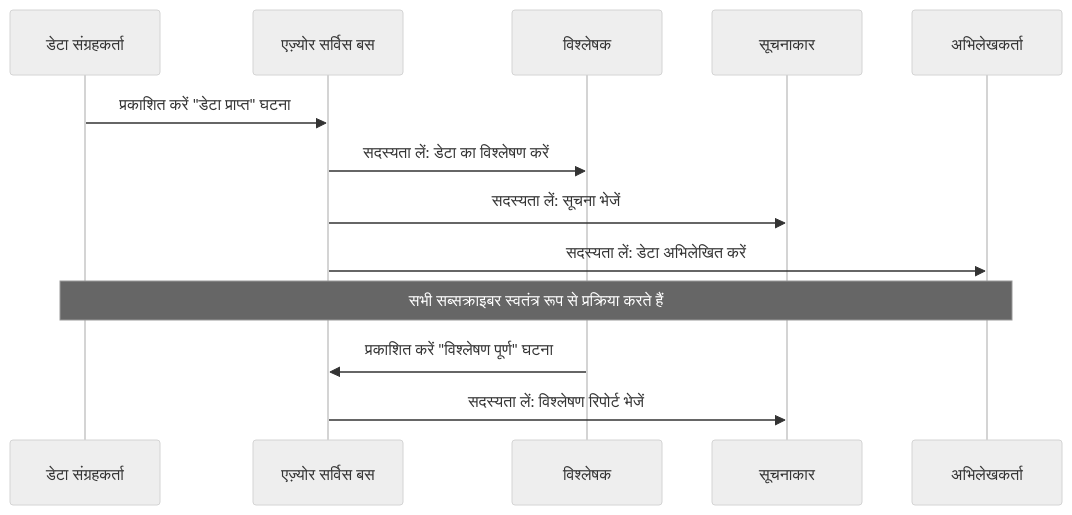
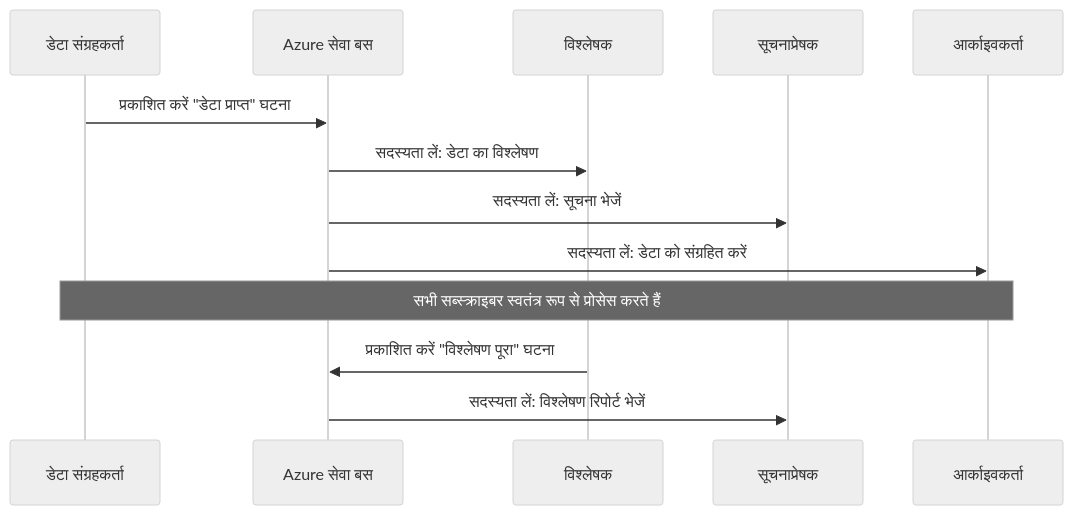
One commit to microsoft/AZD-for-beginners changed the fourth of 6 diagrams in translations/hi/docs/chapter-06-pre-deployment/coordination-patterns.md. Above: the diagram before and after it, drawn with Mermaid (neutral theme). The commit also changed other lines of this file and 101 other files, not shown here.

````diff
--- a/translations/hi/docs/chapter-06-pre-deployment/coordination-patterns.md
+++ b/translations/hi/docs/chapter-06-pre-deployment/coordination-patterns.md
@@ -191,18 +185,18 @@
 ```mermaid
 sequenceDiagram
     participant Agent1 as डेटा संग्रहकर्ता
-    participant EventBus as एज़्योर सर्विस बस
+    participant EventBus as Azure सेवा बस
     participant Agent2 as विश्लेषक
-    participant Agent3 as सूचनाकार
-    participant Agent4 as अभिलेखकर्ता
+    participant Agent3 as सूचनाप्रेषक
+    participant Agent4 as आर्काइवकर्ता
     
     Agent1->>EventBus: प्रकाशित करें "डेटा प्राप्त" घटना
-    EventBus->>Agent2: सदस्यता लें: डेटा का विश्लेषण करें
+    EventBus->>Agent2: सदस्यता लें: डेटा का विश्लेषण
     EventBus->>Agent3: सदस्यता लें: सूचना भेजें
-    EventBus->>Agent4: सदस्यता लें: डेटा अभिलेखित करें
+    EventBus->>Agent4: सदस्यता लें: डेटा को संग्रहित करें
     
-    Note over Agent1,Agent4: सभी सब्सक्राइबर स्वतंत्र रूप से प्रक्रिया करते हैं
+    Note over Agent1,Agent4: सभी सब्स्क्राइबर स्वतंत्र रूप से प्रोसेस करते हैं
     
-    Agent2->>EventBus: प्रकाशित करें "विश्लेषण पूर्ण" घटना
+    Agent2->>EventBus: प्रकाशित करें "विश्लेषण पूरा" घटना
     EventBus->>Agent3: सदस्यता लें: विश्लेषण रिपोर्ट भेजें
 ```
````
